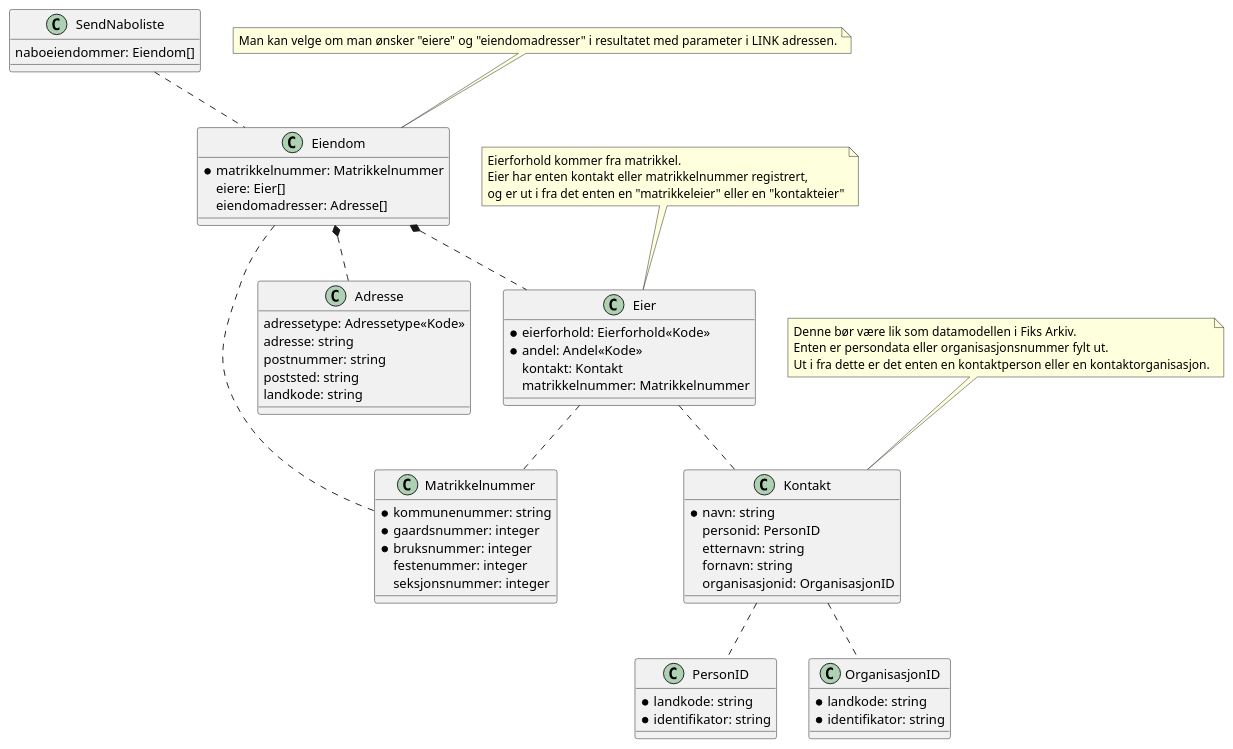
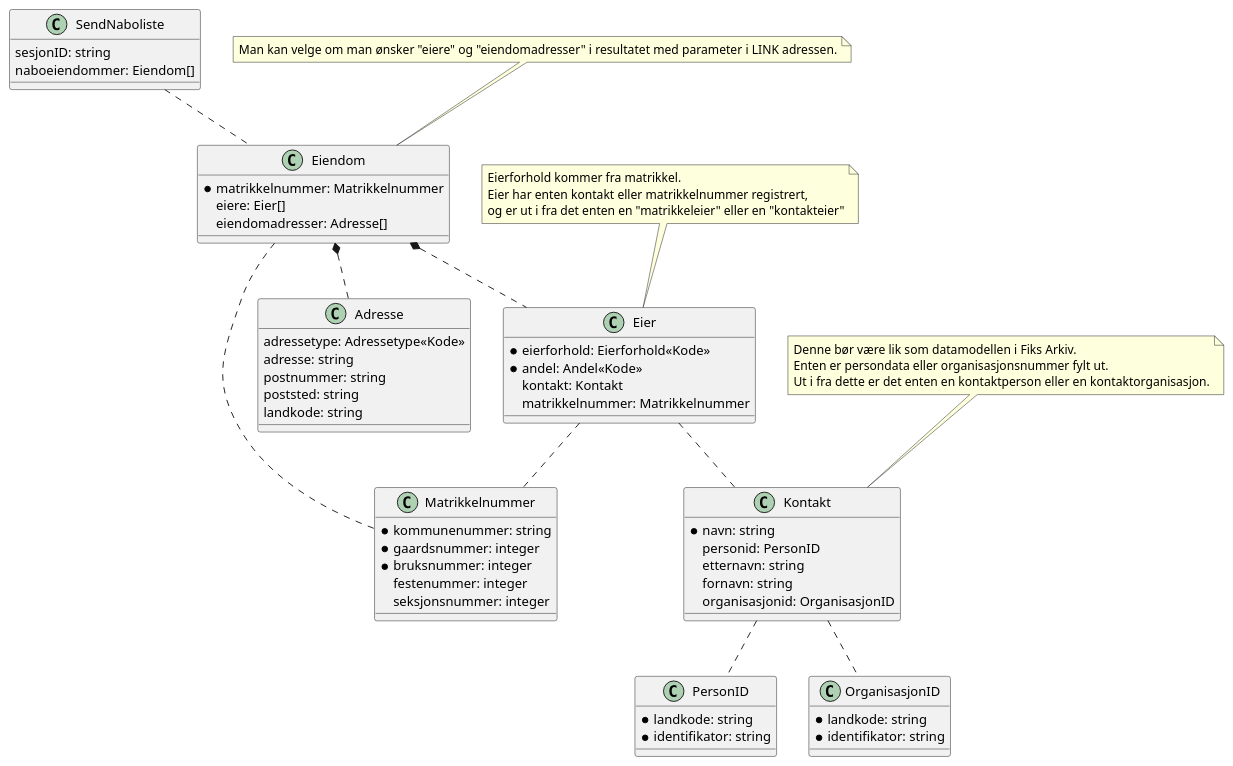
One commit to ks-no/fiks-link-specification changed the diagram in Dokumentasjon/V1/ClassDiagrams/no.ks.fiks.link.v1.innsyn.naboliste.send/class-diagram.pu. Above: the diagram before and after it, drawn with PlantUML. The commit also changed 11 other files, not shown here.

Commit message:
Lagt til sesjonID feltet i klassediagram

```diff
--- a/Dokumentasjon/V1/ClassDiagrams/no.ks.fiks.link.v1.innsyn.naboliste.send/class-diagram.pu
+++ b/Dokumentasjon/V1/ClassDiagrams/no.ks.fiks.link.v1.innsyn.naboliste.send/class-diagram.pu
@@ -1,75 +1,76 @@
 @startuml
 class SendNaboliste {
+    sesjonID: string
     naboeiendommer: Eiendom[]
 }
 
 SendNaboliste .. Eiendom
 
 class Eiendom {
     * matrikkelnummer: Matrikkelnummer
     eiere: Eier[]
     eiendomadresser: Adresse[]
 }
 
 note top of Eiendom : Man kan velge om man ønsker "eiere" og "eiendomadresser" i resultatet med parameter i LINK adressen.
 
 
 Eiendom .. Matrikkelnummer
 
 class Matrikkelnummer {
     *kommunenummer: string
     *gaardsnummer: integer
     *bruksnummer: integer
     festenummer: integer
     seksjonsnummer: integer
 }
 
 
 Eiendom *.. Adresse
 Eiendom *.. Eier
 
 class Adresse {
     adressetype: Adressetype<<Kode>>
     adresse: string
     postnummer: string
     poststed: string
     landkode: string
 }
 
 class Eier {
     *eierforhold: Eierforhold<<Kode>>
     *andel: Andel<<Kode>>
     kontakt: Kontakt
     matrikkelnummer: Matrikkelnummer
 }
 
 note top of Eier : Eierforhold kommer fra matrikkel.\nEier har enten kontakt eller matrikkelnummer registrert,\nog er ut i fra det enten en "matrikkeleier" eller en "kontakteier"
 
 
 Eier .. Kontakt
 Eier .. Matrikkelnummer
 
 class Kontakt {
     *navn: string
     personid: PersonID
     etternavn: string
     fornavn: string
     organisasjonid: OrganisasjonID
 }
 
 Kontakt .. PersonID
 Kontakt .. OrganisasjonID
 
 class PersonID {
     *landkode: string
     *identifikator: string
 }
 
 class OrganisasjonID {
     *landkode: string
     *identifikator: string
 }
 
 note top of Kontakt : Denne bør være lik som datamodellen i Fiks Arkiv.\nEnten er persondata eller organisasjonsnummer fylt ut.\nUt i fra dette er det enten en kontaktperson eller en kontaktorganisasjon.
 
 @enduml
```
